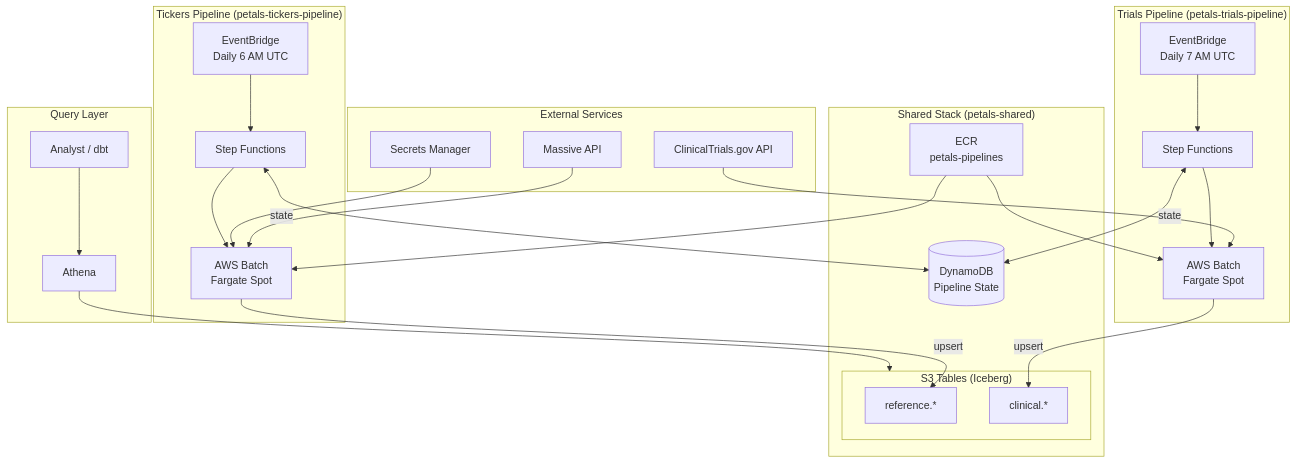
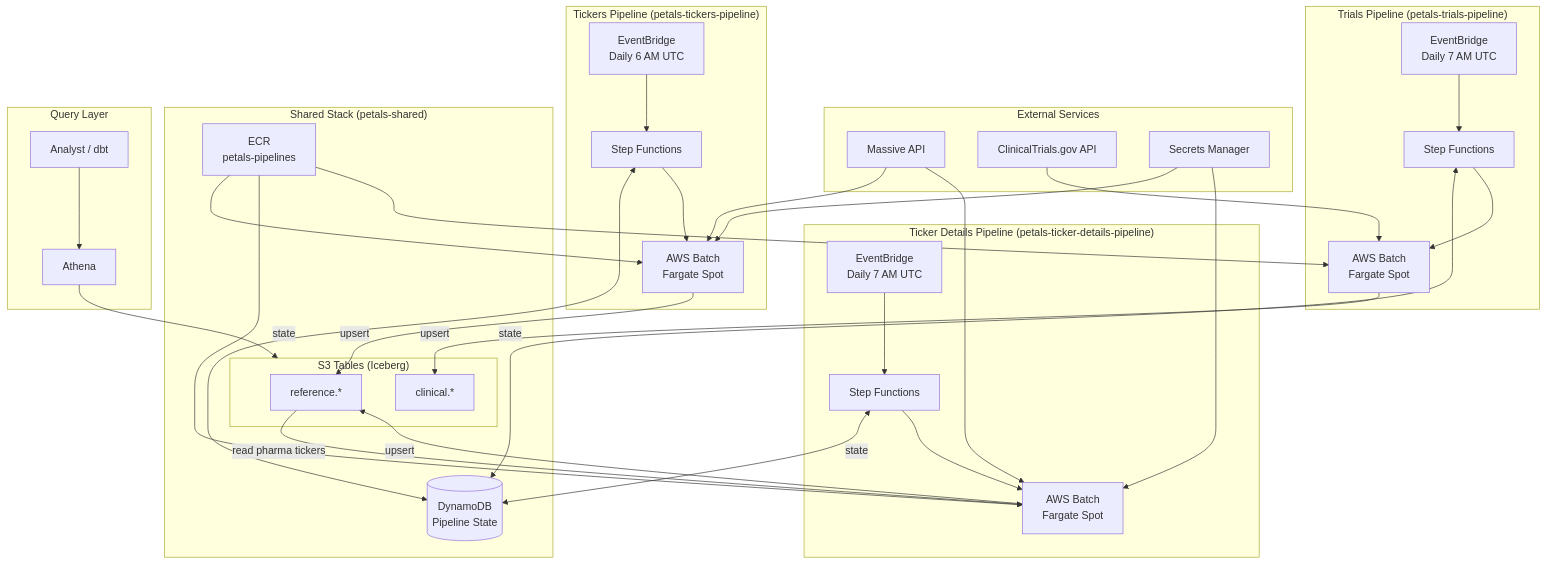
The diagram in docs/ARCHITECTURE.md (skillicinski/petals), drawn with Mermaid before and after one commit. The commit also changed other lines of this file and 12 other files, not shown here.

First line of the commit message:
feat(ticker_details): add pipeline for enriching tickers with Massive API data

````diff
--- a/docs/ARCHITECTURE.md
+++ b/docs/ARCHITECTURE.md
@@ -9,55 +9,71 @@
 ```mermaid
 flowchart TB
     subgraph External["External Services"]
         API[Massive API]
         CTGOV[ClinicalTrials.gov API]
         SM[Secrets Manager]
     end
 
     subgraph TickersPipeline["Tickers Pipeline (petals-tickers-pipeline)"]
         EB1[EventBridge<br/>Daily 6 AM UTC]
         SFN1[Step Functions]
         BATCH1[AWS Batch<br/>Fargate Spot]
+    end
+
+    subgraph TickerDetailsPipeline["Ticker Details Pipeline (petals-ticker-details-pipeline)"]
+        EB3[EventBridge<br/>Daily 7 AM UTC]
+        SFN3[Step Functions]
+        BATCH3[AWS Batch<br/>Fargate Spot]
     end
 
     subgraph TrialsPipeline["Trials Pipeline (petals-trials-pipeline)"]
         EB2[EventBridge<br/>Daily 7 AM UTC]
         SFN2[Step Functions]
         BATCH2[AWS Batch<br/>Fargate Spot]
     end
 
     subgraph Shared["Shared Stack (petals-shared)"]
         ECR[ECR<br/>petals-pipelines]
         DDB[(DynamoDB<br/>Pipeline State)]
         subgraph S3Tables["S3 Tables (Iceberg)"]
             NS_REF[reference.*]
             NS_CLINICAL[clinical.*]
         end
     end
 
     subgraph Query["Query Layer"]
         ATH[Athena]
         USER[Analyst / dbt]
     end
 
     %% Tickers pipeline flow
     API --> BATCH1
     SM --> BATCH1
     EB1 --> SFN1
     SFN1 <-->|state| DDB
     SFN1 --> BATCH1
     ECR --> BATCH1
     BATCH1 -->|upsert| NS_REF
 
+    %% Ticker details pipeline flow
+    NS_REF -->|read pharma tickers| BATCH3
+    API --> BATCH3
+    SM --> BATCH3
+    EB3 --> SFN3
+    SFN3 <-->|state| DDB
+    SFN3 --> BATCH3
+    ECR --> BATCH3
+    BATCH3 -->|upsert| NS_REF
+
     %% Trials pipeline flow
     CTGOV --> BATCH2
     EB2 --> SFN2
     SFN2 <-->|state| DDB
     SFN2 --> BATCH2
     ECR --> BATCH2
     BATCH2 -->|upsert| NS_CLINICAL
 
     %% Query flow
     USER --> ATH
     ATH --> S3Tables
 ```
````
